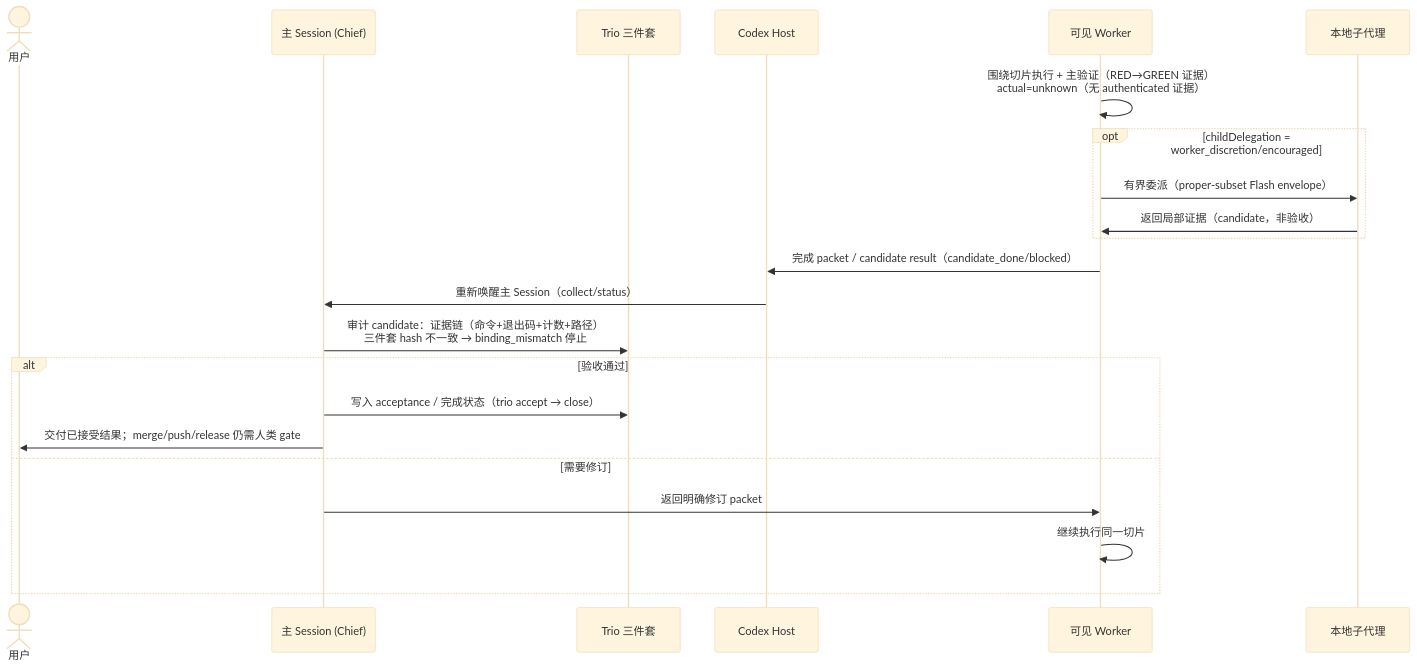
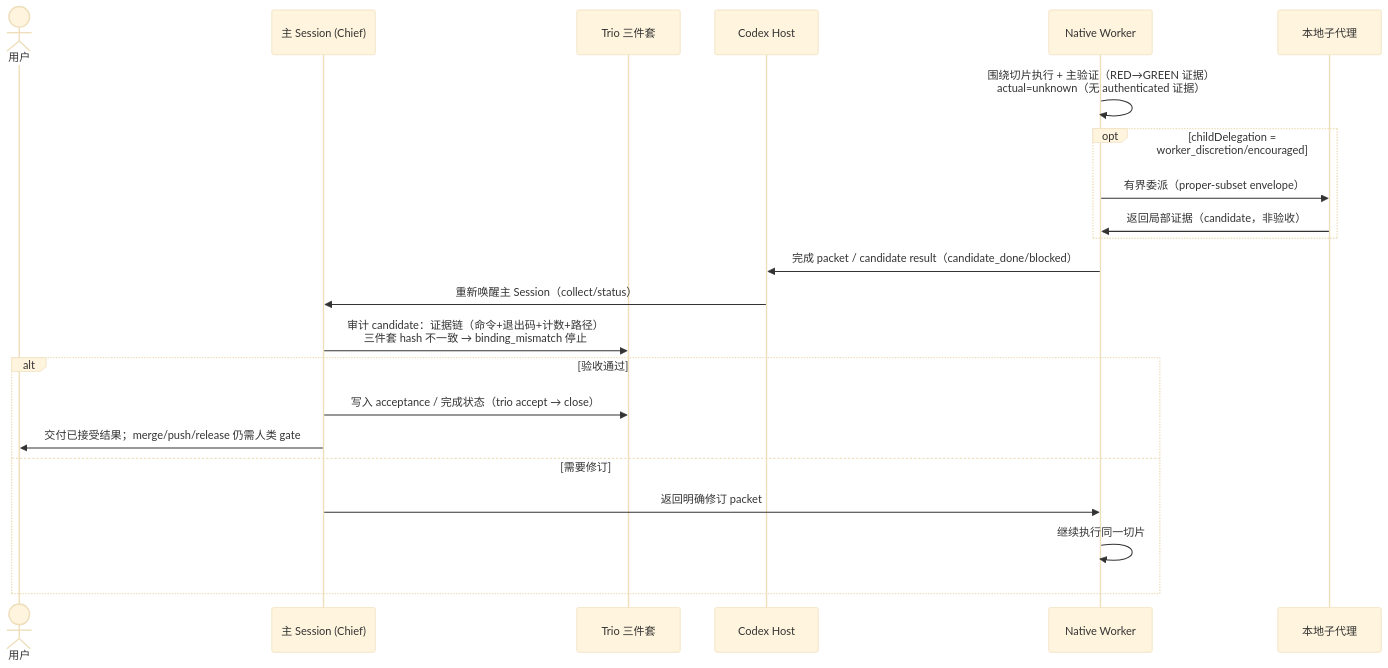
Before and after one commit to ilderaj/superpowering-with-files: the third of 6 diagrams in docs/trio-v2/workflow.md, drawn with Mermaid (base theme). The commit also changed other lines of this file and 59 other files, not shown here.

````diff
--- a/docs/trio-v2/workflow.md
+++ b/docs/trio-v2/workflow.md
@@ -57,24 +54,24 @@
 ```mermaid
 sequenceDiagram
     actor User as 用户
     participant S1 as 主 Session (Chief)
     participant Trio as Trio 三件套
     participant Host as Codex Host
-    participant VW as 可见 Worker
+    participant Native as Native Worker
     participant Sub as 本地子代理
-    VW->>VW: 围绕切片执行 + 主验证（RED→GREEN 证据）<br/>actual=unknown（无 authenticated 证据）
+    Native->>Native: 围绕切片执行 + 主验证（RED→GREEN 证据）<br/>actual=unknown（无 authenticated 证据）
     opt childDelegation = worker_discretion/encouraged
-        VW->>Sub: 有界委派（proper-subset Flash envelope）
-        Sub->>VW: 返回局部证据（candidate，非验收）
+        Native->>Sub: 有界委派（proper-subset envelope）
+        Sub->>Native: 返回局部证据（candidate，非验收）
     end
-    VW->>Host: 完成 packet / candidate result（candidate_done/blocked）
+    Native->>Host: 完成 packet / candidate result（candidate_done/blocked）
     Host->>S1: 重新唤醒主 Session（collect/status）
     S1->>Trio: 审计 candidate：证据链（命令+退出码+计数+路径）<br/>三件套 hash 不一致 → binding_mismatch 停止
     alt 验收通过
         S1->>Trio: 写入 acceptance / 完成状态（trio accept → close）
         S1->>User: 交付已接受结果；merge/push/release 仍需人类 gate
     else 需要修订
-        S1->>VW: 返回明确修订 packet
-        VW->>VW: 继续执行同一切片
+        S1->>Native: 返回明确修订 packet
+        Native->>Native: 继续执行同一切片
     end
 ```
````
